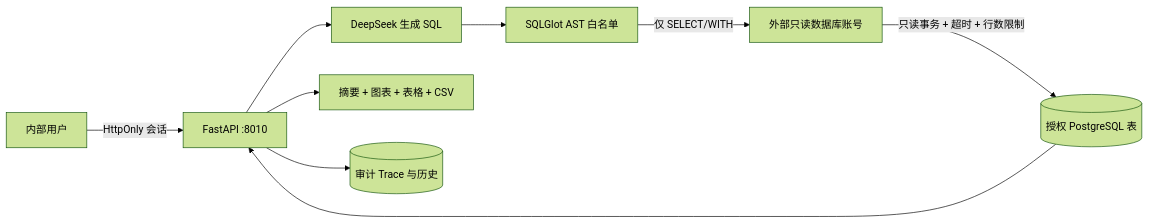
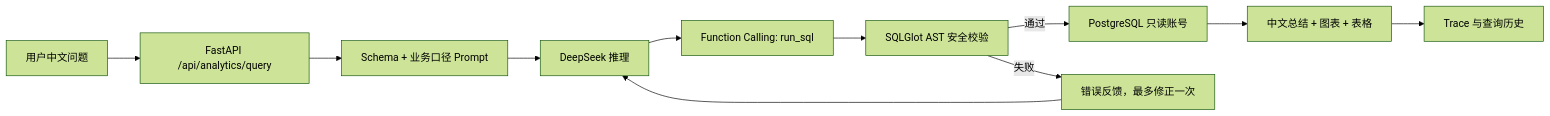
One commit to zhli3424-prog/sql-analytics-agent changed the diagram in README.md. Above: the diagram before and after it, drawn with Mermaid (forest theme). The commit also changed other lines of this file and 5 other files, not shown here.

````diff
--- a/README.md
+++ b/README.md
@@ -34,11 +34,13 @@
 ```mermaid
 flowchart LR
-    U["内部用户"] -->|"HttpOnly 会话"| API["FastAPI :8010"]
-    API --> LLM["DeepSeek 生成 SQL"]
-    LLM --> V["SQLGlot AST 白名单"]
-    V -->|"仅 SELECT/WITH"| R["外部只读数据库账号"]
-    R -->|"只读事务 + 超时 + 行数限制"| PG[("授权 PostgreSQL 表")]
-    PG --> API
-    API --> UI["摘要 + 图表 + 表格 + CSV"]
-    API --> T[("审计 Trace 与历史")]
+    U["用户中文问题"] --> API["FastAPI /api/analytics/query"]
+    API --> P["Schema + 业务口径 Prompt"]
+    P --> LLM["DeepSeek 推理"]
+    LLM --> T["Function Calling: run_sql"]
+    T --> V["SQLGlot AST 安全校验"]
+    V -->|通过| DB["PostgreSQL 只读账号"]
+    V -->|失败| R["错误反馈，最多修正一次"]
+    R --> LLM
+    DB --> S["中文总结 + 图表 + 表格"]
+    S --> A["Trace 与查询历史"]
 ```
````
